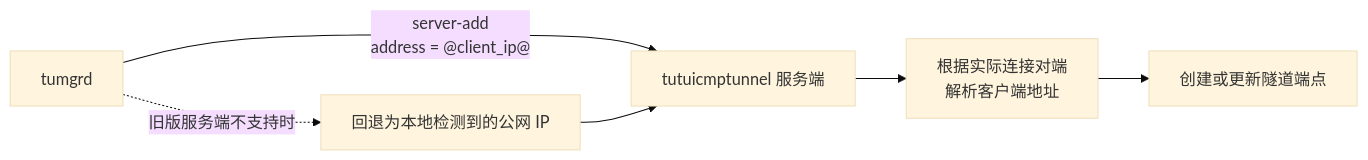
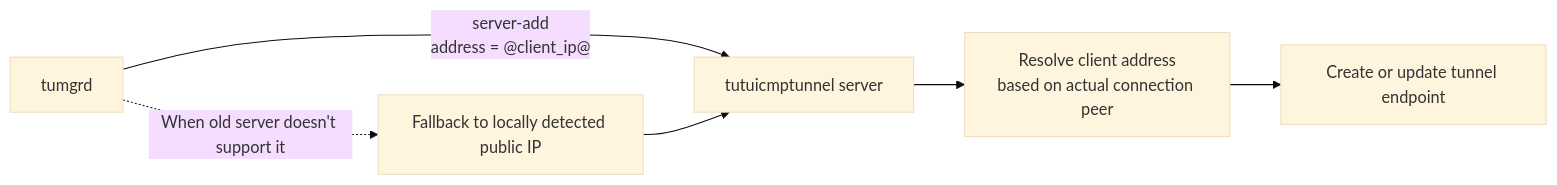
The sixth of 6 diagrams in README.md (hrimfaxi/tumgrd), drawn with Mermaid (base theme) before and after one commit. The commit also changed other lines of this file and 1 other file, not shown here.

````diff
--- a/README.md
+++ b/README.md
@@ -235,9 +237,9 @@
 ```mermaid
 flowchart LR
-    D["tumgrd"] -->|"server-add<br/>address = @client_ip@"| SERVER["tutuicmptunnel 服务端"]
-    SERVER --> RESOLVE["根据实际连接对端<br/>解析客户端地址"]
-    RESOLVE --> TUNNEL["创建或更新隧道端点"]
+    D["tumgrd"] -->|"server-add<br/>address = @client_ip@"| SERVER["tutuicmptunnel server"]
+    SERVER --> RESOLVE["Resolve client address<br/>based on actual connection peer"]
+    RESOLVE --> TUNNEL["Create or update tunnel endpoint"]
 
-    D -. "旧版服务端不支持时" .-> FALLBACK["回退为本地检测到的公网 IP"]
+    D -. "When old server doesn't support it" .-> FALLBACK["Fallback to locally detected public IP"]
     FALLBACK --> SERVER
 ```
````
